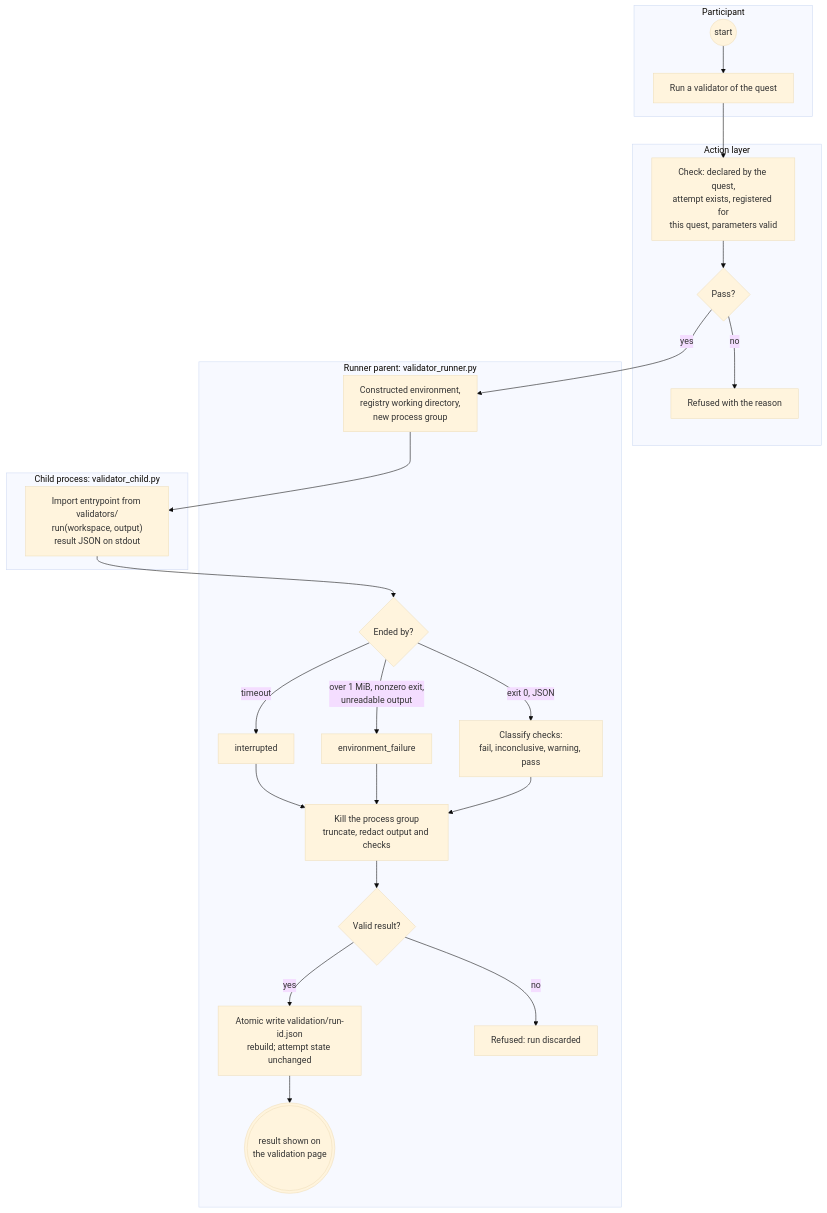
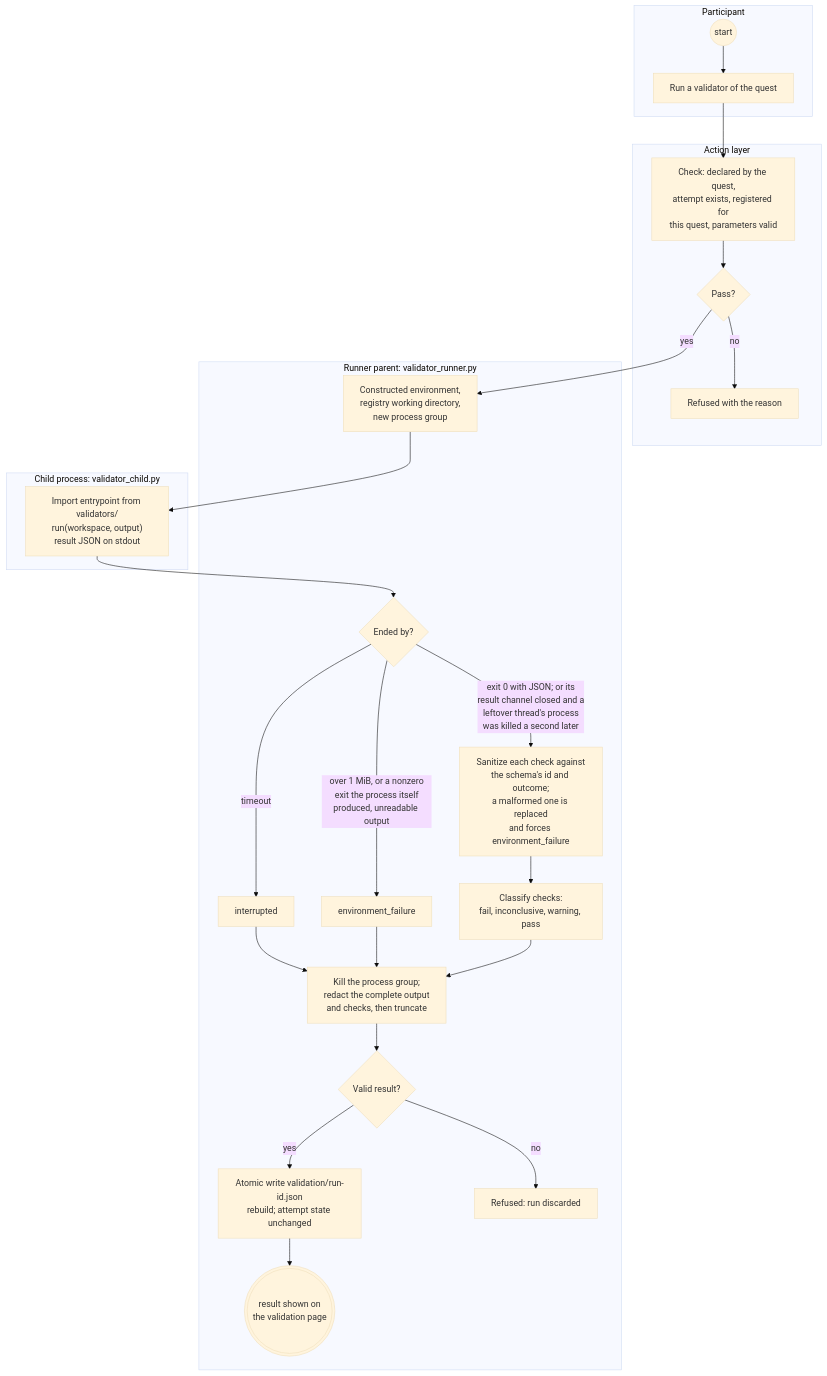
Before and after one commit to beekeeper-lab/golden-thread-quest: the second of 7 diagrams in docs/design/04-activity-flows.md, drawn with Mermaid (base theme). The commit also changed other lines of this file and 12 other files, not shown here.

````diff
--- a/docs/design/04-activity-flows.md
+++ b/docs/design/04-activity-flows.md
@@ -141,37 +156,38 @@
 ```mermaid
 flowchart TB
   subgraph PL["Participant"]
     s0(("start")) --> p1["Run a validator of the quest"]
   end
   subgraph AL["Action layer"]
     a1["Check: declared by the quest,<br/>attempt exists, registered for<br/>this quest, parameters valid"]
     a2{"Pass?"}
     rA["Refused with the reason"]
   end
   subgraph RP["Runner parent: validator_runner.py"]
     r1["Constructed environment,<br/>registry working directory,<br/>new process group"]
     r3{"Ended by?"}
     c1["interrupted"]
     c2["environment_failure"]
+    r4["Sanitize each check against<br/>the schema's id and outcome;<br/>a malformed one is replaced<br/>and forces environment_failure"]
     r5["Classify checks:<br/>fail, inconclusive, warning, pass"]
-    r6["Kill the process group<br/>truncate, redact output and checks"]
+    r6["Kill the process group;<br/>redact the complete output<br/>and checks, then truncate"]
     r7{"Valid result?"}
     r8["Atomic write validation/run-id.json<br/>rebuild; attempt state unchanged"]
     rB["Refused: run discarded"]
     p9((("result shown on<br/>the validation page")))
   end
   subgraph CH["Child process: validator_child.py"]
     h1["Import entrypoint from validators/<br/>run(workspace, output)<br/>result JSON on stdout"]
   end
   p1 --> a1 --> a2
   a2 -- no --> rA
   a2 -- yes --> r1 --> h1 --> r3
   r3 -- "timeout" --> c1
-  r3 -- "over 1 MiB, nonzero exit,<br/>unreadable output" --> c2
-  r3 -- "exit 0, JSON" --> r5
+  r3 -- "over 1 MiB, or a nonzero<br/>exit the process itself<br/>produced, unreadable output" --> c2
+  r3 -- "exit 0 with JSON; or its<br/>result channel closed and a<br/>leftover thread's process<br/>was killed a second later" --> r4
   c1 --> r6
   c2 --> r6
-  r5 --> r6 --> r7
+  r4 --> r5 --> r6 --> r7
   r7 -- no --> rB
   r7 -- yes --> r8 --> p9
 ```
````
